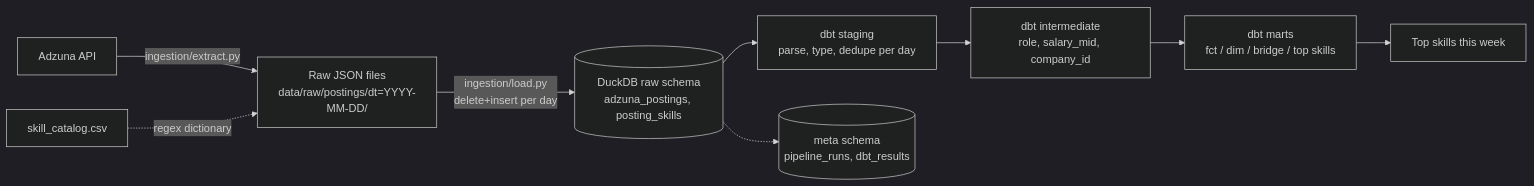
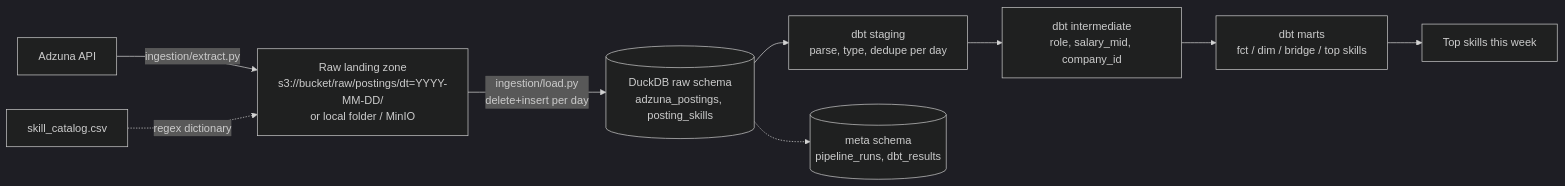
One commit to khus-hi/job-market-data-pipeline changed the first of 2 diagrams in README.md. Above: the diagram before and after it, drawn with Mermaid (dark theme). The commit also changed other lines of this file and 14 other files, not shown here.

First line of the commit message:
Add S3 raw landing zone with pluggable storage backends

````diff
--- a/README.md
+++ b/README.md
@@ -10,11 +11,11 @@
 ```mermaid
 flowchart LR
-    A[Adzuna API] -->|ingestion/extract.py| B[Raw JSON files<br/>data/raw/postings/dt=YYYY-MM-DD/]
+    A[Adzuna API] -->|ingestion/extract.py| B[Raw landing zone<br/>s3://bucket/raw/postings/dt=YYYY-MM-DD/<br/>or local folder / MinIO]
     B -->|ingestion/load.py<br/>delete+insert per day| C[(DuckDB raw schema<br/>adzuna_postings, posting_skills)]
     S[skill_catalog.csv] -.->|regex dictionary| B
     C --> D[dbt staging<br/>parse, type, dedupe per day]
     D --> E[dbt intermediate<br/>role, salary_mid, company_id]
     E --> F[dbt marts<br/>fct / dim / bridge / top skills]
     F --> G[Top skills this week]
     C -.-> M[(meta schema<br/>pipeline_runs, dbt_results)]
 ```
````
